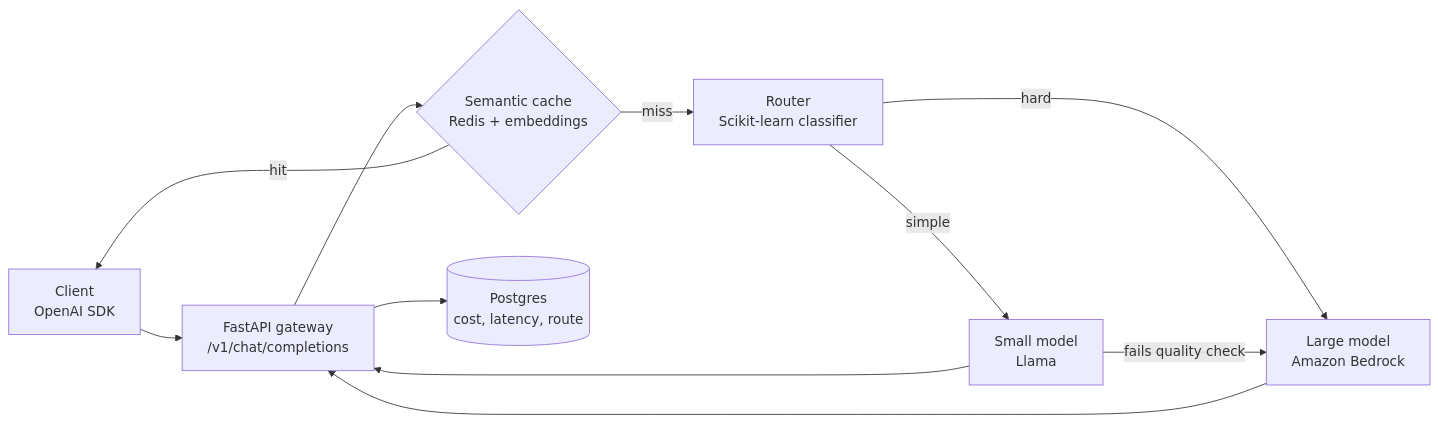
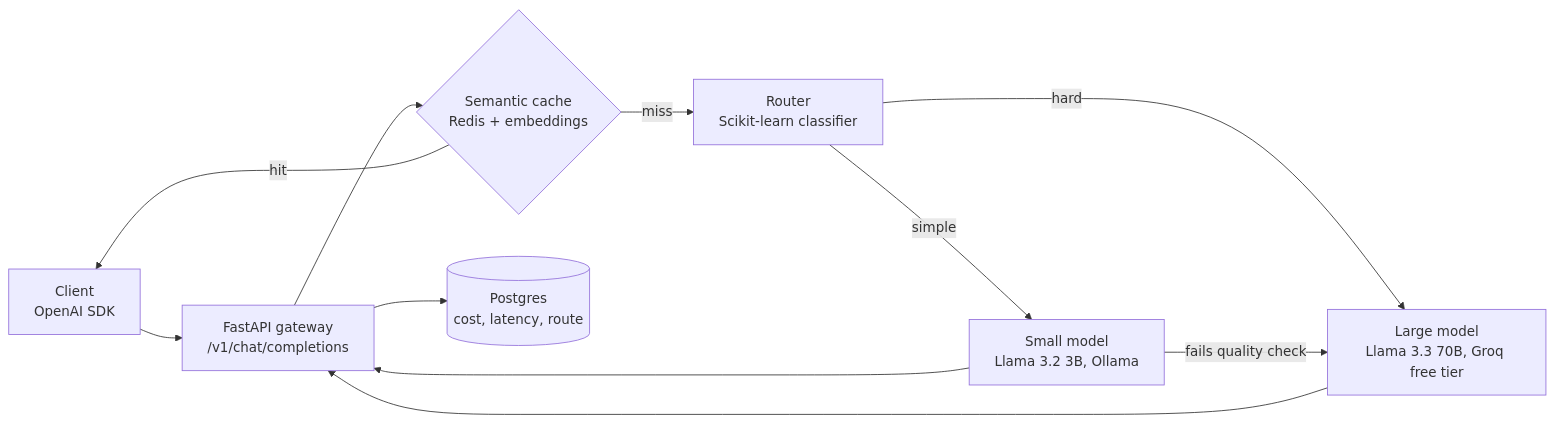
The diagram in README.md (aryankansal31/llm-gateway), drawn with Mermaid before and after one commit. The commit also changed other lines of this file and 1 other file, not shown here.

Commit message:
Add architecture design (free and open-source stack only)

````diff
--- a/README.md
+++ b/README.md
@@ -16,13 +20,13 @@
 ```mermaid
 flowchart LR
     C[Client<br/>OpenAI SDK] --> G[FastAPI gateway<br/>/v1/chat/completions]
     G --> K{Semantic cache<br/>Redis + embeddings}
     K -- hit --> C
     K -- miss --> R[Router<br/>Scikit-learn classifier]
-    R -- simple --> S[Small model<br/>Llama]
-    R -- hard --> L[Large model<br/>Amazon Bedrock]
+    R -- simple --> S[Small model<br/>Llama 3.2 3B, Ollama]
+    R -- hard --> L[Large model<br/>Llama 3.3 70B, Groq free tier]
     S -- fails quality check --> L
     S --> G
     L --> G
     G --> T[(Postgres<br/>cost, latency, route)]
 ```
````
